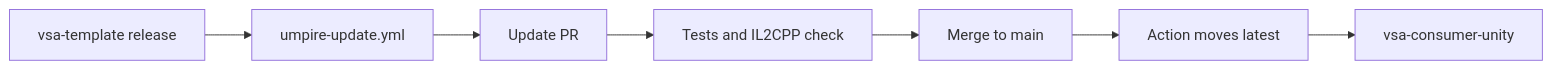
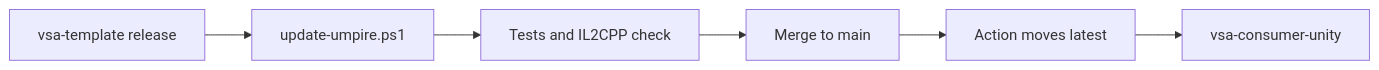
Before and after one commit to MgCohen/vsa-unity: the diagram in README.md, drawn with Mermaid. The commit also changed other lines of this file and 2 other files, not shown here.

First line of the commit message:
Remove the update workflow: run update-umpire.ps1 by hand

````diff
--- a/README.md
+++ b/README.md
@@ -42,9 +41,8 @@
 ```mermaid
 flowchart LR
-    T[vsa-template release] --> W[umpire-update.yml]
-    W --> P[Update PR]
-    P --> C[Tests and IL2CPP check]
+    T[vsa-template release] --> S[update-umpire.ps1]
+    S --> C[Tests and IL2CPP check]
     C --> M[Merge to main]
     M --> L[Action moves latest]
     L --> U[vsa-consumer-unity]
 ```
````
